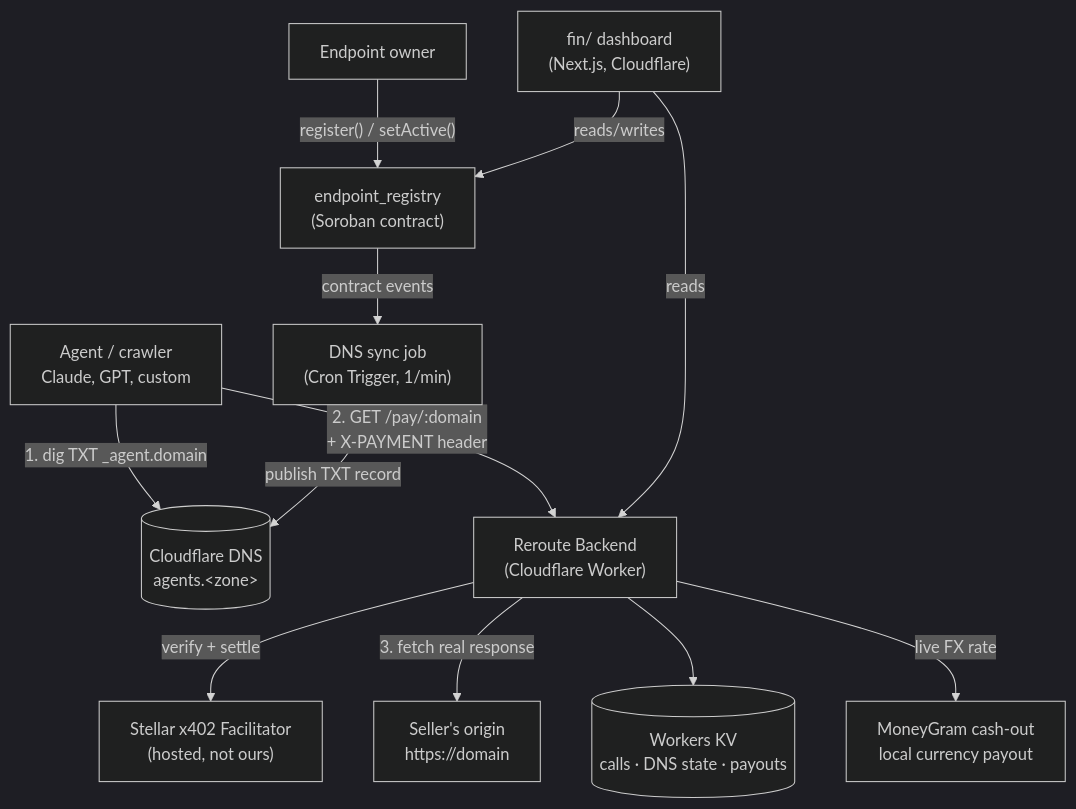
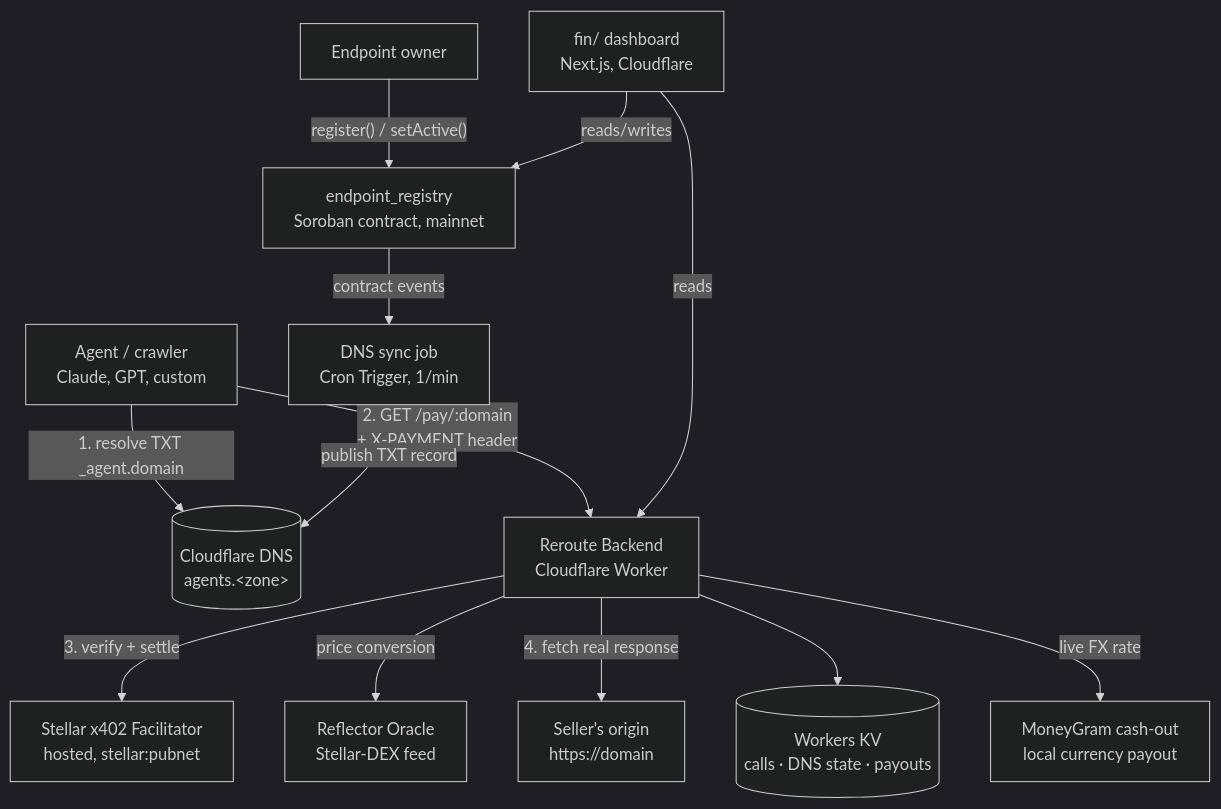
One commit to daiwikmh/reroute changed the diagram in README.md. Above: the diagram before and after it, drawn with Mermaid (dark theme). The commit also changed other lines of this file and 9 other files, not shown here.

````diff
--- a/README.md
+++ b/README.md
@@ -66,17 +65,18 @@
 ```mermaid
 graph TD
-  Agent["Agent / crawler<br/>Claude, GPT, custom"] -->|"1. dig TXT _agent.domain"| DNS[("Cloudflare DNS<br/>agents.&lt;zone&gt;")]
-  Agent -->|"2. GET /pay/:domain<br/>+ X-PAYMENT header"| Proxy["Reroute Backend<br/>(Cloudflare Worker)"]
+  Agent["Agent / crawler<br/>Claude, GPT, custom"] -->|"1. resolve TXT _agent.domain"| DNS[("Cloudflare DNS<br/>agents.&lt;zone&gt;")]
+  Agent -->|"2. GET /pay/:domain<br/>+ X-PAYMENT header"| Proxy["Reroute Backend<br/>Cloudflare Worker"]
 
-  Proxy -->|"verify + settle"| Facilitator["Stellar x402 Facilitator<br/>(hosted, not ours)"]
-  Proxy -->|"3. fetch real response"| Origin["Seller's origin<br/>https://domain"]
+  Proxy -->|"3. verify + settle"| Facilitator["Stellar x402 Facilitator<br/>hosted, stellar:pubnet"]
+  Proxy -->|"price conversion"| Oracle["Reflector Oracle<br/>Stellar-DEX feed"]
+  Proxy -->|"4. fetch real response"| Origin["Seller's origin<br/>https://domain"]
   Proxy --> KV[("Workers KV<br/>calls · DNS state · payouts")]
 
-  Owner["Endpoint owner"] -->|"register() / setActive()"| Registry["endpoint_registry<br/>(Soroban contract)"]
-  Registry -->|"contract events"| Sync["DNS sync job<br/>(Cron Trigger, 1/min)"]
+  Owner["Endpoint owner"] -->|"register() / setActive()"| Registry["endpoint_registry<br/>Soroban contract, mainnet"]
+  Registry -->|"contract events"| Sync["DNS sync job<br/>Cron Trigger, 1/min"]
   Sync -->|"publish TXT record"| DNS
 
   Proxy -->|"live FX rate"| MoneyGram["MoneyGram cash-out<br/>local currency payout"]
-  Dashboard["fin/ dashboard<br/>(Next.js, Cloudflare)"] -->|"reads/writes"| Registry
+  Dashboard["fin/ dashboard<br/>Next.js, Cloudflare"] -->|"reads/writes"| Registry
   Dashboard -->|"reads"| Proxy
 ```
````
